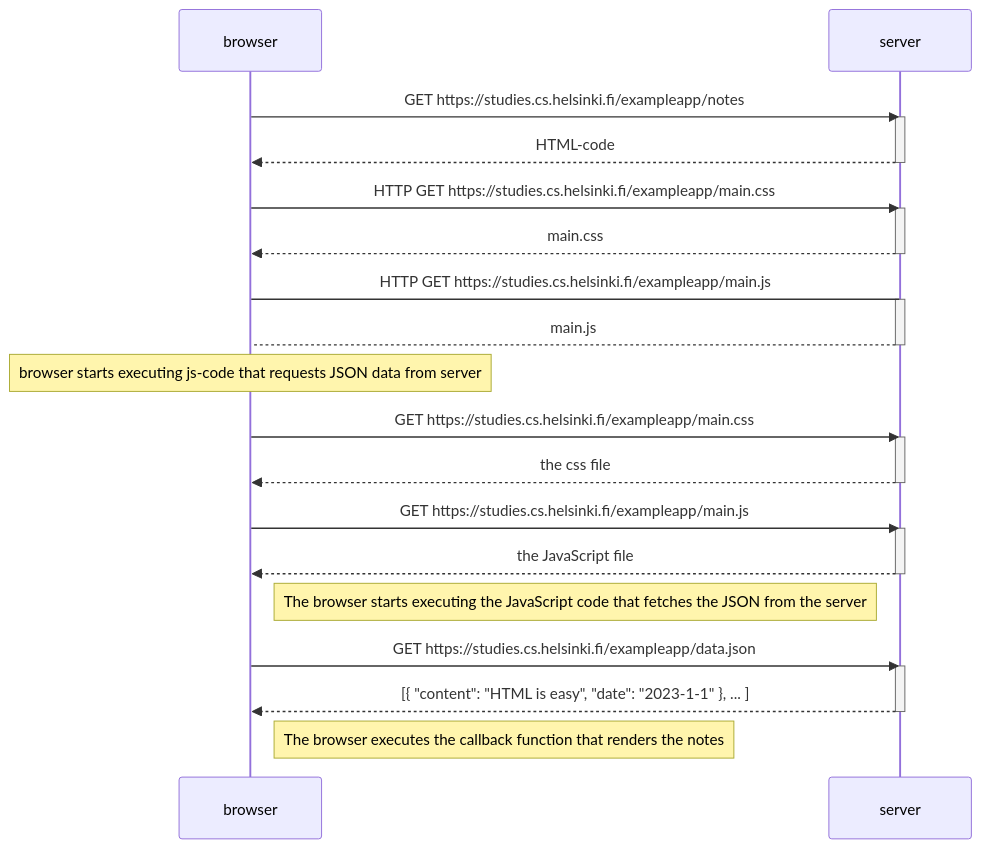
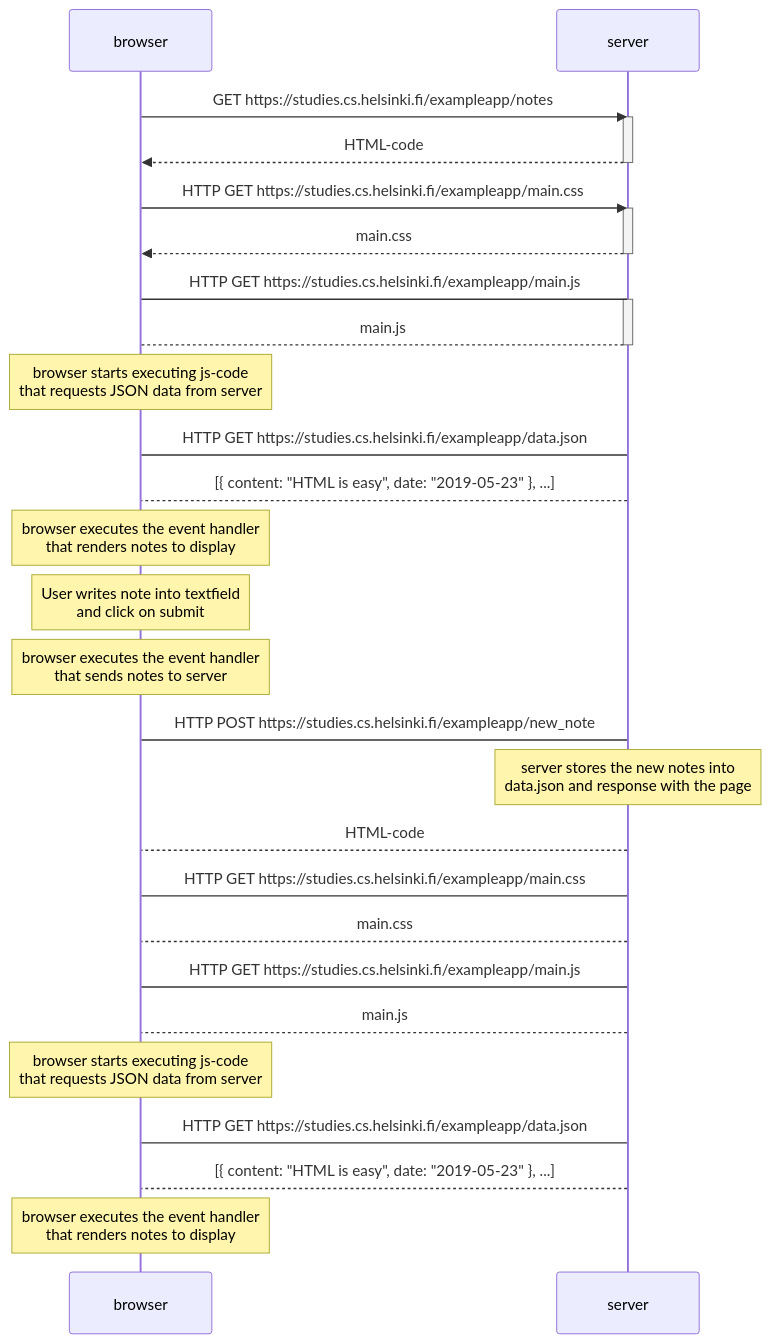
Before and after one commit to andrescvargasr/fullstackopen2023: the diagram in part_0/0_4-New_Note/with_mermaid.md, drawn with Mermaid.

````diff
--- a/part_0/0_4-New_Note/with_mermaid.md
+++ b/part_0/0_4-New_Note/with_mermaid.md
@@ -1,39 +1,46 @@
 ```mermaid
 sequenceDiagram
     participant browser
     participant server
 
     browser->>server: GET https://studies.cs.helsinki.fi/exampleapp/notes
     activate server
     server-->>browser: HTML-code
     deactivate server
     browser->>server: HTTP GET https://studies.cs.helsinki.fi/exampleapp/main.css
     activate server
     server-->>browser: main.css
     deactivate server
     browser->server: HTTP GET https://studies.cs.helsinki.fi/exampleapp/main.js
     activate server
     server-->browser: main.js
     deactivate server
 
-    note over browser: browser starts executing js-code that requests JSON data from server
+    note over browser: browser starts executing js-code<br/>that requests JSON data from server
 
-    browser->>server: GET https://studies.cs.helsinki.fi/exampleapp/main.css
-    activate server
-    server-->>browser: the css file
-    deactivate server
-
-    browser->>server: GET https://studies.cs.helsinki.fi/exampleapp/main.js
-    activate server
-    server-->>browser: the JavaScript file
-    deactivate server
-
-    Note right of browser: The browser starts executing the JavaScript code that fetches the JSON from the server
-
-    browser->>server: GET https://studies.cs.helsinki.fi/exampleapp/data.json
-    activate server
-    server-->>browser: [{ "content": "HTML is easy", "date": "2023-1-1" }, ... ]
-    deactivate server
-
-    Note right of browser: The browser executes the callback function that renders the notes
+    browser->server: HTTP GET https://studies.cs.helsinki.fi/exampleapp/data.json
+    server-->browser: [{ content: "HTML is easy", date: "2019-05-23" }, ...]
+    
+    note over browser: browser executes the event handler<br />that renders notes to display
+    
+    note over browser: User writes note into textfield<br />and click on submit
+    
+    note over browser: browser executes the event handler<br />that sends notes to server
+    
+    browser->server: HTTP POST https://studies.cs.helsinki.fi/exampleapp/new_note
+    
+    note over server: server stores the new notes into<br />data.json and response with the page
+    
+    server-->browser: HTML-code
+    browser->server: HTTP GET https://studies.cs.helsinki.fi/exampleapp/main.css
+    server-->browser: main.css
+    browser->server: HTTP GET https://studies.cs.helsinki.fi/exampleapp/main.js
+    server-->browser: main.js
+    
+    note over browser: browser starts executing js-code<br />that requests JSON data from server
+    
+    browser->server: HTTP GET https://studies.cs.helsinki.fi/exampleapp/data.json
+    server-->browser: [{ content: "HTML is easy", date: "2019-05-23" }, ...]
+    
+    note over browser: browser executes the event handler<br />that renders notes to display
 ```
````
